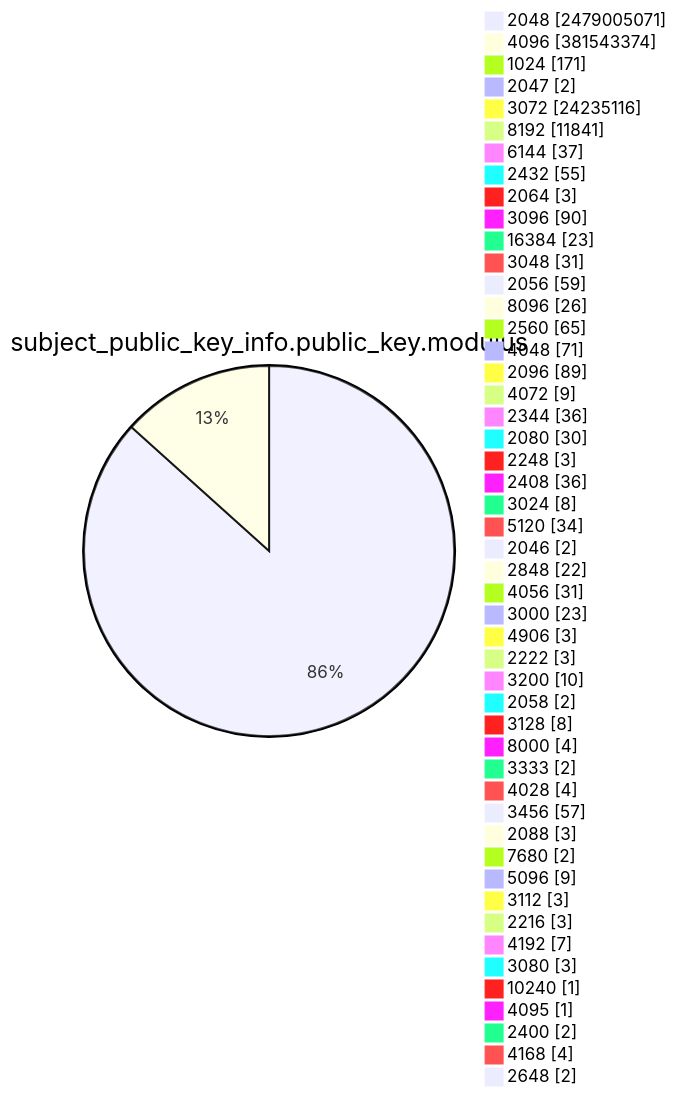
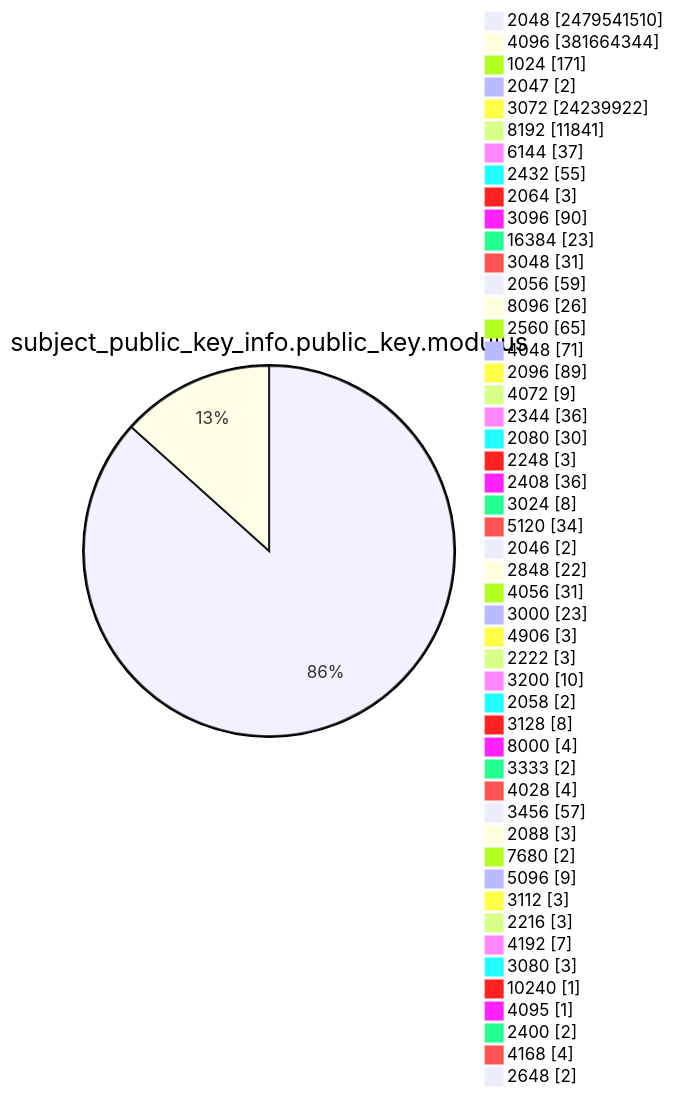
One commit to christiankrug/ctmonitor_visualization changed diagram 13 of 15 in TOTAL/README.md. Above: the diagram before and after it, drawn with Mermaid. The commit also changed other lines of this file, not shown here.

````diff
--- a/TOTAL/README.md
+++ b/TOTAL/README.md
@@ -4168,53 +4168,53 @@
 ```mermaid
 pie showData
 title subject_public_key_info.public_key.modulus
-"2048" :2479005071
-"4096" :381543374
+"2048" :2479541510
+"4096" :381664344
 "1024" :171
 "2047" :2
-"3072" :24235116
+"3072" :24239922
 "8192" :11841
 "6144" :37
 "2432" :55
 "2064" :3
 "3096" :90
 "16384" :23
 "3048" :31
 "2056" :59
 "8096" :26
 "2560" :65
 "4048" :71
 "2096" :89
 "4072" :9
 "2344" :36
 "2080" :30
 "2248" :3
 "2408" :36
 "3024" :8
 "5120" :34
 "2046" :2
 "2848" :22
 "4056" :31
 "3000" :23
 "4906" :3
 "2222" :3
 "3200" :10
 "2058" :2
 "3128" :8
 "8000" :4
 "3333" :2
 "4028" :4
 "3456" :57
 "2088" :3
 "7680" :2
 "5096" :9
 "3112" :3
 "2216" :3
 "4192" :7
 "3080" :3
 "10240" :1
 "4095" :1
 "2400" :2
 "4168" :4
 "2648" :2
 ```
````
